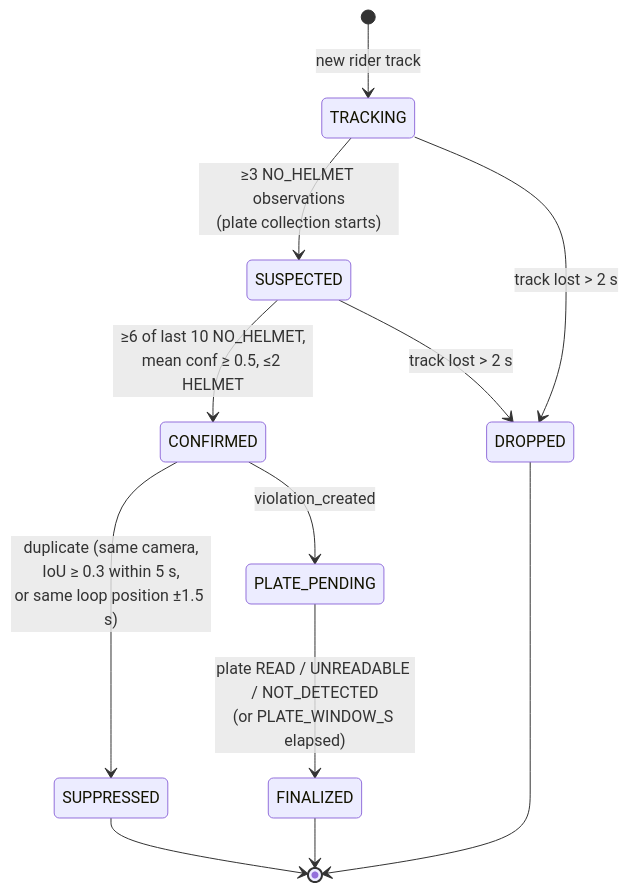
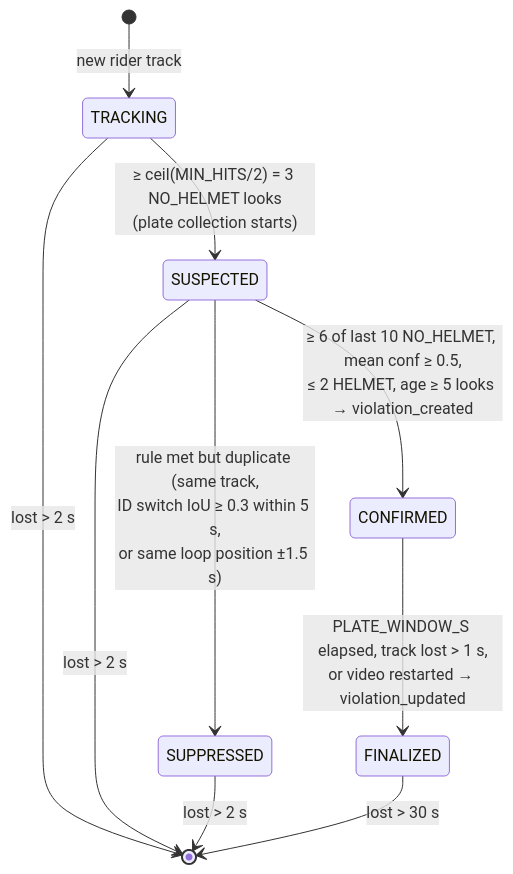
One commit to marcpedrin/helmet-plate-detector changed the fourth of 4 diagrams in docs/ARCHITECTURE.md. Above: the diagram before and after it, drawn with Mermaid. The commit also changed other lines of this file and 7 other files, not shown here.

````diff
--- a/docs/ARCHITECTURE.md
+++ b/docs/ARCHITECTURE.md
@@ -121,14 +121,12 @@
 ```mermaid
 stateDiagram-v2
     [*] --> TRACKING: new rider track
-    TRACKING --> SUSPECTED: ≥3 NO_HELMET observations<br/>(plate collection starts)
-    SUSPECTED --> CONFIRMED: ≥6 of last 10 NO_HELMET,<br/>mean conf ≥ 0.5, ≤2 HELMET
-    TRACKING --> DROPPED: track lost > 2 s
-    SUSPECTED --> DROPPED: track lost > 2 s
-    CONFIRMED --> SUPPRESSED: duplicate (same camera,<br/>IoU ≥ 0.3 within 5 s,<br/>or same loop position ±1.5 s)
-    CONFIRMED --> PLATE_PENDING: violation_created
-    PLATE_PENDING --> FINALIZED: plate READ / UNREADABLE / NOT_DETECTED<br/>(or PLATE_WINDOW_S elapsed)
-    FINALIZED --> [*]
-    DROPPED --> [*]
-    SUPPRESSED --> [*]
+    TRACKING --> SUSPECTED: ≥ ceil(MIN_HITS/2) = 3 NO_HELMET looks<br/>(plate collection starts)
+    SUSPECTED --> CONFIRMED: ≥ 6 of last 10 NO_HELMET, mean conf ≥ 0.5,<br/>≤ 2 HELMET, age ≥ 5 looks → violation_created
+    SUSPECTED --> SUPPRESSED: rule met but duplicate (same track,<br/>ID switch IoU ≥ 0.3 within 5 s,<br/>or same loop position ±1.5 s)
+    CONFIRMED --> FINALIZED: PLATE_WINDOW_S elapsed, track lost > 1 s,<br/>or video restarted → violation_updated
+    TRACKING --> [*]: lost > 2 s
+    SUSPECTED --> [*]: lost > 2 s
+    SUPPRESSED --> [*]: lost > 2 s
+    FINALIZED --> [*]: lost > 30 s
 ```
````
